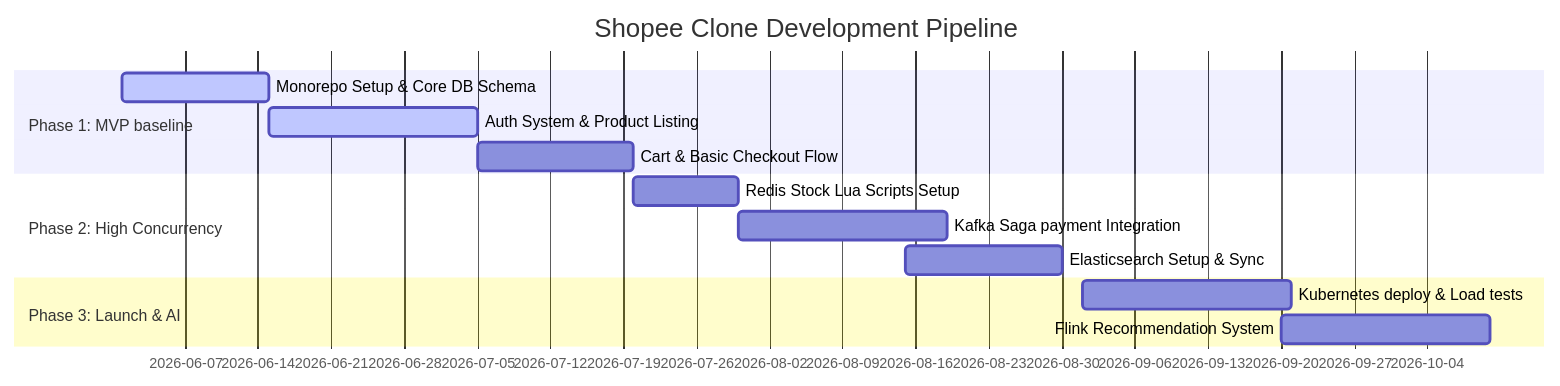
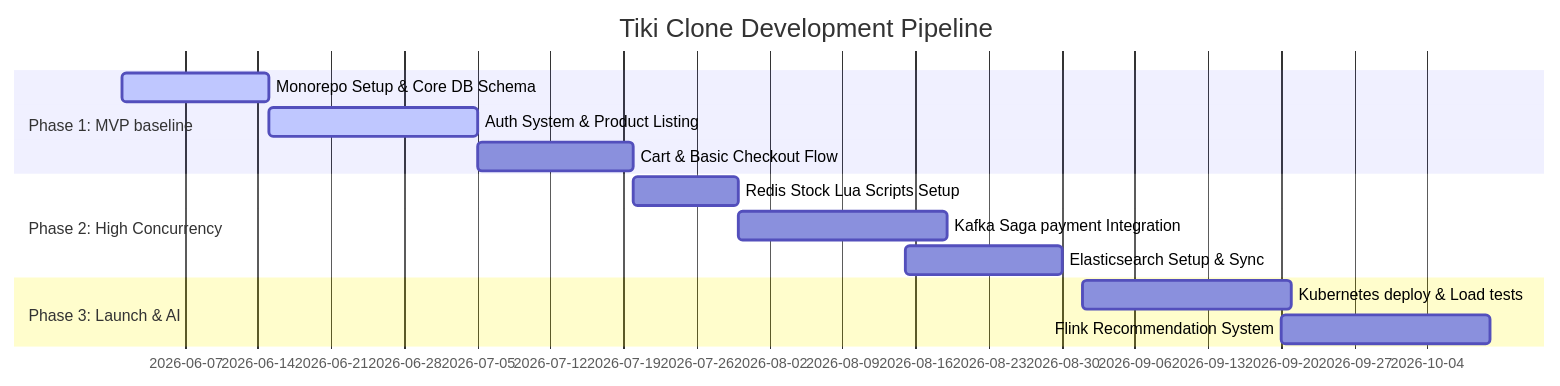
The diagram in .ai/planning/roadmap.md (tiendat1751998/shopeeclone), drawn with Mermaid before and after one commit. The commit also changed other lines of this file and 1809 other files, not shown here.

````diff
--- a/.ai/planning/roadmap.md
+++ b/.ai/planning/roadmap.md
@@ -5,16 +5,16 @@
 ```mermaid
 gantt
-    title Shopee Clone Development Pipeline
+    title Tiki Clone Development Pipeline
     dateFormat  YYYY-MM-DD
     section Phase 1: MVP baseline
     Monorepo Setup & Core DB Schema: active, 2026-06-01, 14d
     Auth System & Product Listing   : active, 2026-06-15, 20d
     Cart & Basic Checkout Flow     : 2026-07-05, 15d
     section Phase 2: High Concurrency
     Redis Stock Lua Scripts Setup   : 2026-07-20, 10d
     Kafka Saga payment Integration : 2026-07-30, 20d
     Elasticsearch Setup & Sync      : 2026-08-15, 15d
     section Phase 3: Launch & AI
     Kubernetes deploy & Load tests : 2026-09-01, 20d
     Flink Recommendation System     : 2026-09-20, 20d
 ```
````
